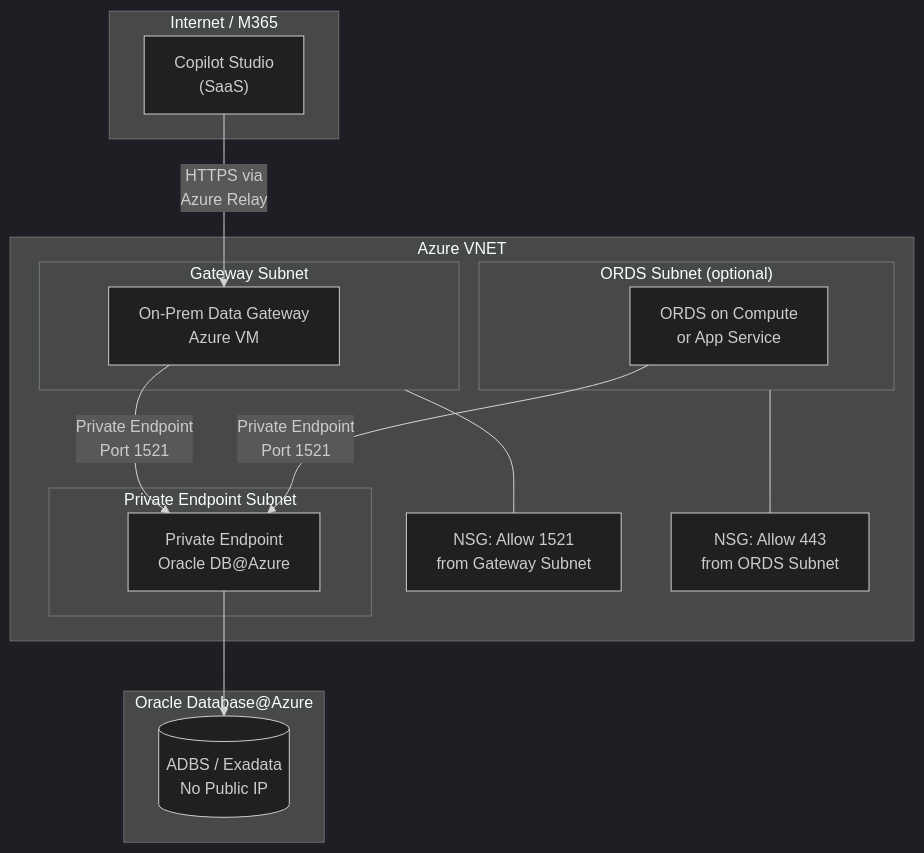
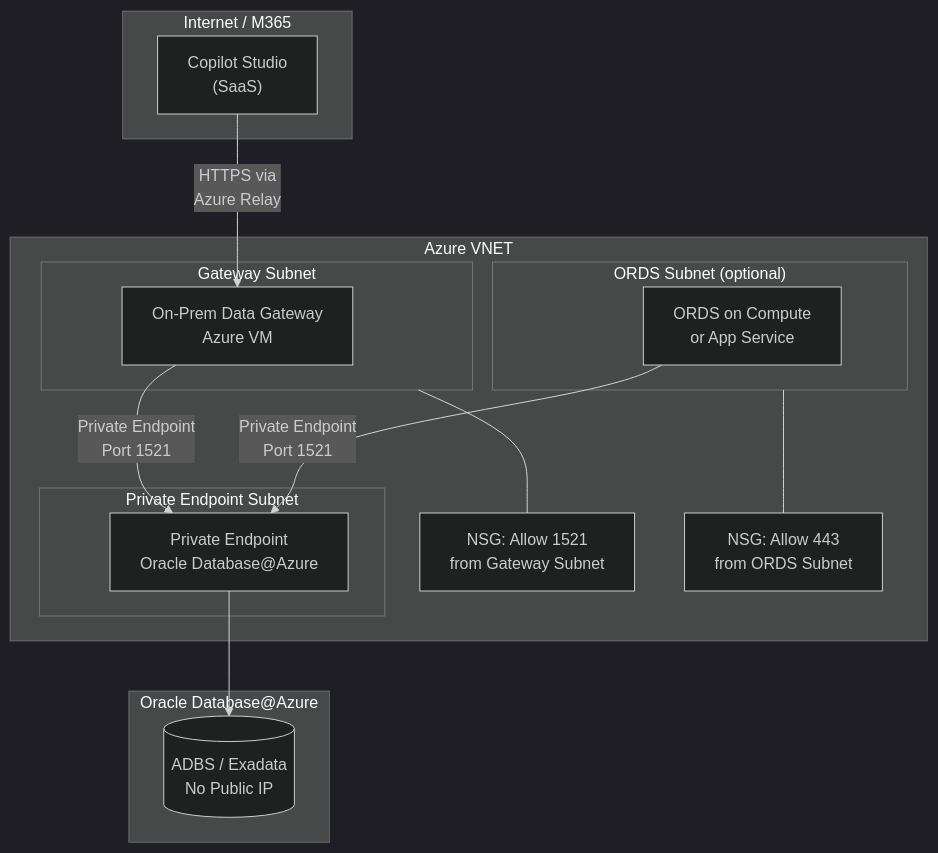
The second of 4 diagrams in docs/03-path1-copilot-studio.md (ryellajo12/ODAA-AI-Playbook), drawn with Mermaid (dark theme) before and after one commit.

Commit message:
Update Private Endpoint label for Oracle Database

````diff
--- a/docs/03-path1-copilot-studio.md
+++ b/docs/03-path1-copilot-studio.md
@@ -95,34 +95,34 @@
 ```mermaid
 graph TB
     subgraph Internet["Internet / M365"]
         CS["Copilot Studio<br/>(SaaS)"]
     end
 
     subgraph AzureVNET["Azure VNET"]
         subgraph GWSub["Gateway Subnet"]
             GW["On-Prem Data Gateway<br/>Azure VM"]
         end
 
         subgraph PESub["Private Endpoint Subnet"]
-            PE["Private Endpoint<br/>Oracle DB@Azure"]
+            PE["Private Endpoint<br/>Oracle Database@Azure"]
         end
 
         subgraph ORDSSub["ORDS Subnet (optional)"]
             ORDS["ORDS on Compute<br/>or App Service"]
         end
 
         NSG1["NSG: Allow 1521<br/>from Gateway Subnet"]
         NSG2["NSG: Allow 443<br/>from ORDS Subnet"]
     end
 
     subgraph ODA["Oracle Database@Azure"]
         DB[("ADBS / Exadata<br/>No Public IP")]
     end
 
     CS -->|HTTPS via<br/>Azure Relay| GW
     GW -->|Private Endpoint<br/>Port 1521| PE
     PE --> DB
     ORDS -->|Private Endpoint<br/>Port 1521| PE
     GWSub --- NSG1
     ORDSSub --- NSG2
 ```
````
